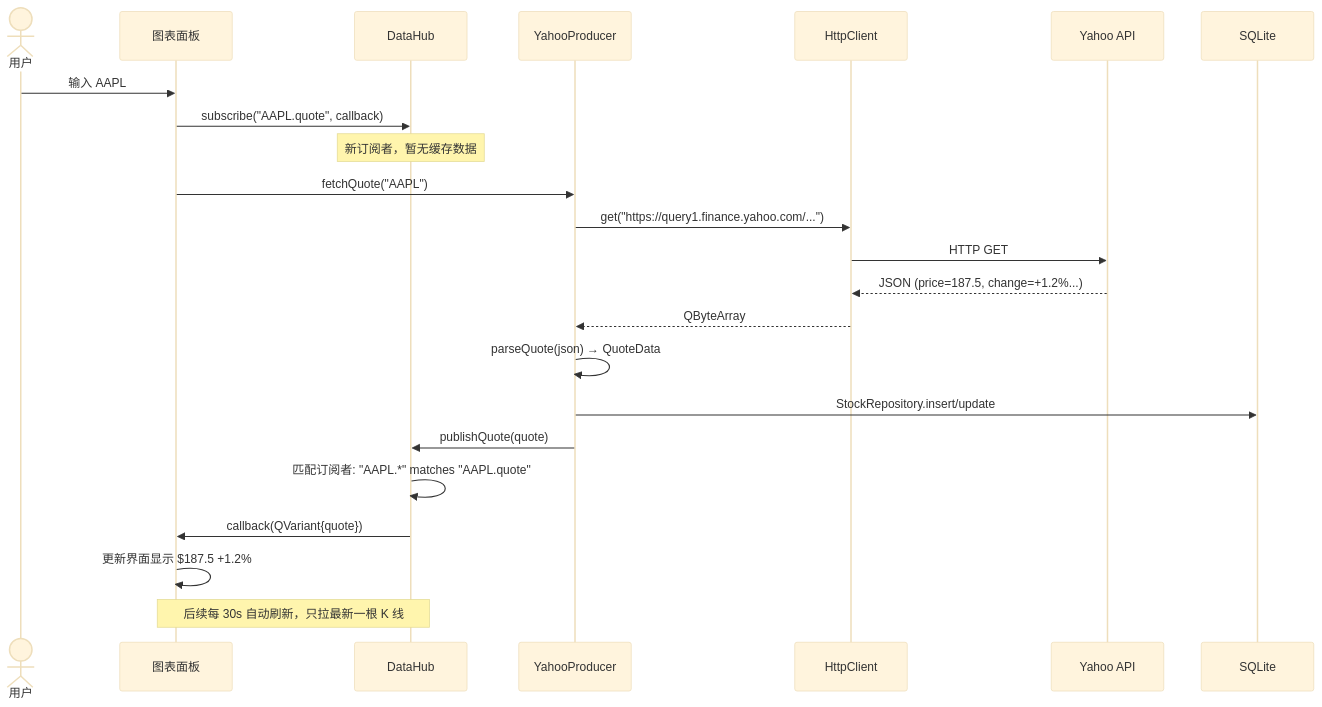
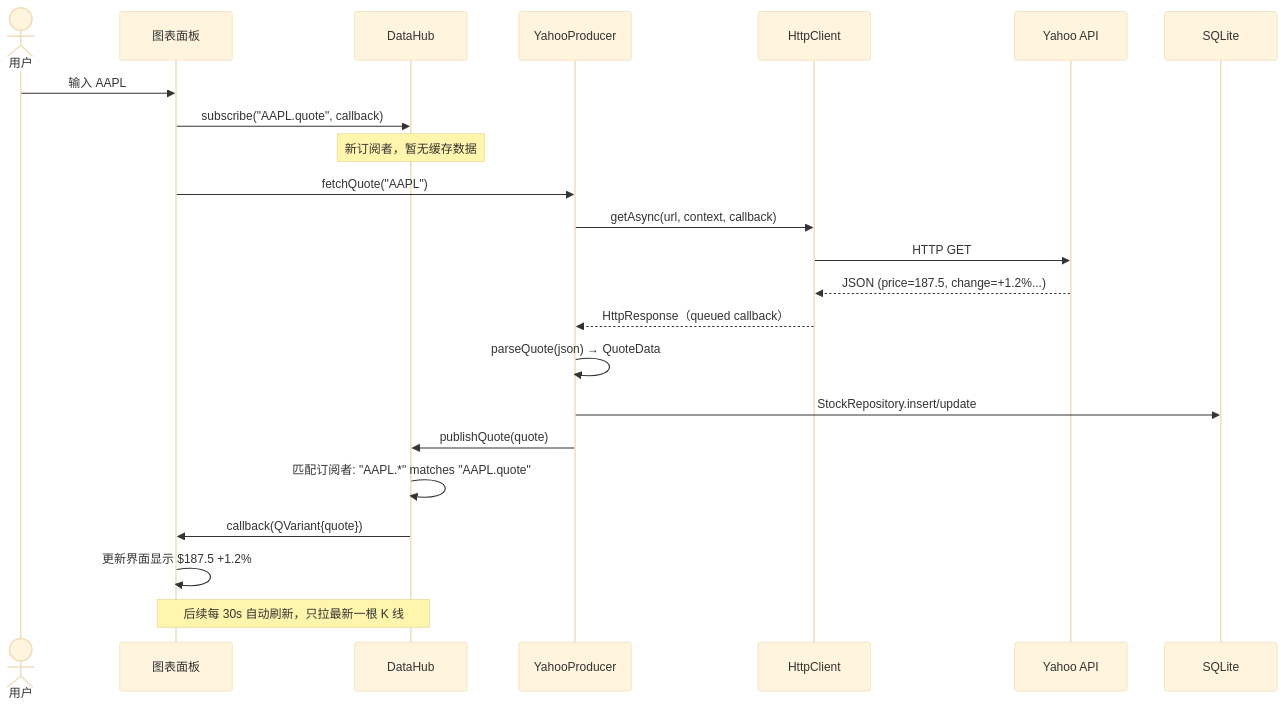
One commit to sunflower023/FinInsight changed the second of 2 diagrams in docs/DATAHUB.md. Above: the diagram before and after it, drawn with Mermaid (base theme). The commit also changed other lines of this file and 14 other files, not shown here.

````diff
--- a/docs/DATAHUB.md
+++ b/docs/DATAHUB.md
@@ -61,31 +61,31 @@
 ```mermaid
 sequenceDiagram
     actor User as 用户
     participant UI as 图表面板
     participant Hub as DataHub
     participant YP as YahooProducer
     participant HTTP as HttpClient
     participant API as Yahoo API
     participant DB as SQLite
 
     User->>UI: 输入 AAPL
     UI->>Hub: subscribe("AAPL.quote", callback)
 
     Note over Hub: 新订阅者，暂无缓存数据
 
     UI->>YP: fetchQuote("AAPL")
-    YP->>HTTP: get("https://query1.finance.yahoo.com/...")
+    YP->>HTTP: getAsync(url, context, callback)
     HTTP->>API: HTTP GET
     API-->>HTTP: JSON (price=187.5, change=+1.2%...)
-    HTTP-->>YP: QByteArray
+    HTTP-->>YP: HttpResponse（queued callback）
 
     YP->>YP: parseQuote(json) → QuoteData
     YP->>DB: StockRepository.insert/update
     YP->>Hub: publishQuote(quote)
 
     Hub->>Hub: 匹配订阅者: "AAPL.*" matches "AAPL.quote"
     Hub->>UI: callback(QVariant{quote})
     UI->>UI: 更新界面显示 $187.5 +1.2%
 
     Note over Hub,UI: 后续每 30s 自动刷新，只拉最新一根 K 线
 ```
````
